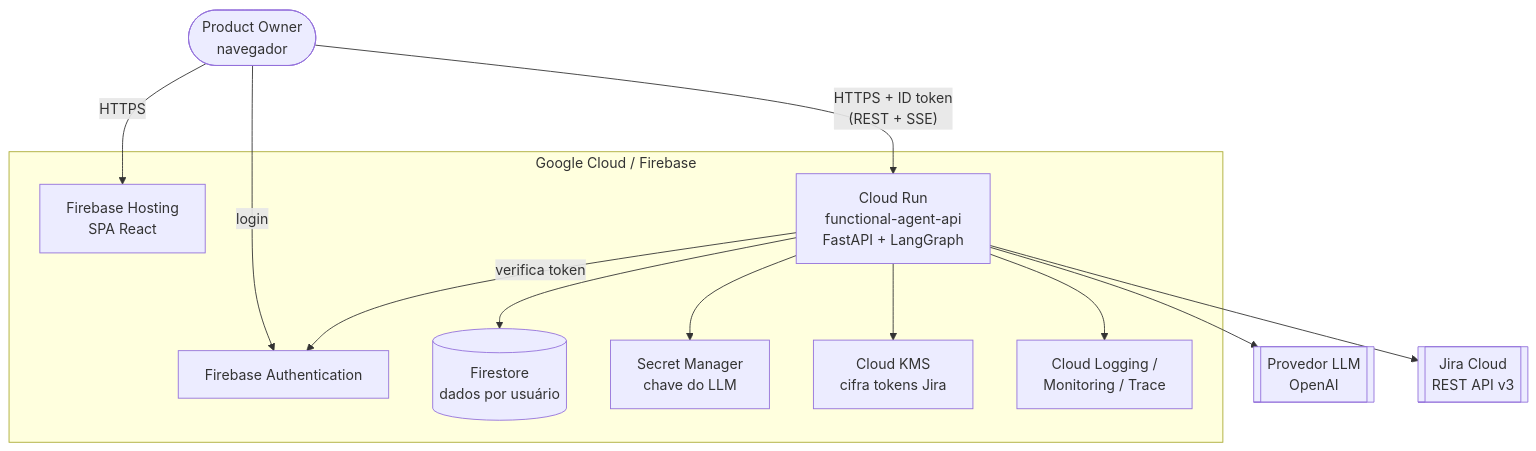
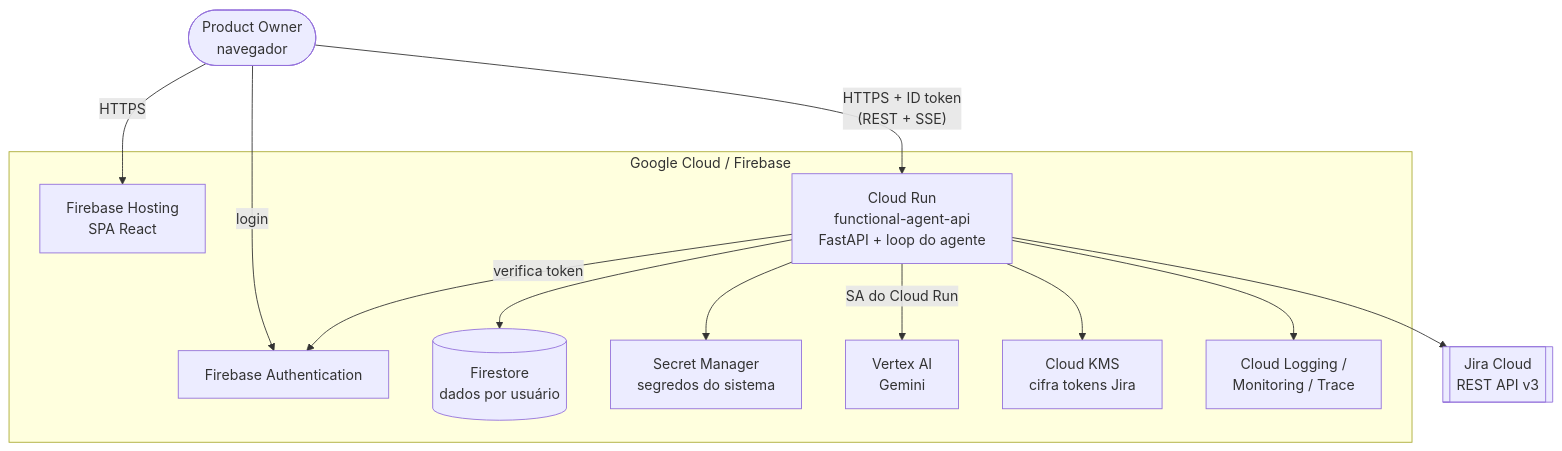
Before and after one commit to micaelleos/FunctionalAgent: the first of 5 diagrams in docs/modernizacao/03-arquitetura.md, drawn with Mermaid. The commit also changed other lines of this file and 13 other files, not shown here.

First line of the commit message:
docs: ADR-008 — agente com Gemini no Vertex AI e loop próprio (Constituição 2.2.0)

````diff
--- a/docs/modernizacao/03-arquitetura.md
+++ b/docs/modernizacao/03-arquitetura.md
@@ -5,26 +5,26 @@
 ```mermaid
 flowchart TB
     PO([Product Owner<br/>navegador])
     subgraph Google["Google Cloud / Firebase"]
         HOST[Firebase Hosting<br/>SPA React]
         AUTH[Firebase Authentication]
-        API[Cloud Run<br/>functional-agent-api<br/>FastAPI + LangGraph]
+        API[Cloud Run<br/>functional-agent-api<br/>FastAPI + loop do agente]
         FS[(Firestore<br/>dados por usuário)]
-        SM[Secret Manager<br/>chave do LLM]
+        SM[Secret Manager<br/>segredos do sistema]
+        VTX[Vertex AI<br/>Gemini]
         KMS[Cloud KMS<br/>cifra tokens Jira]
         OBS[Cloud Logging /<br/>Monitoring / Trace]
     end
-    LLM[[Provedor LLM<br/>OpenAI]]
     JIRA[[Jira Cloud<br/>REST API v3]]
 
     PO -->|HTTPS| HOST
     PO -->|login| AUTH
     PO -->|"HTTPS + ID token<br/>(REST + SSE)"| API
     API -->|verifica token| AUTH
     API --> FS
     API --> SM
     API --> KMS
-    API --> LLM
+    API -->|SA do Cloud Run| VTX
     API --> JIRA
     API --> OBS
 ```
````
